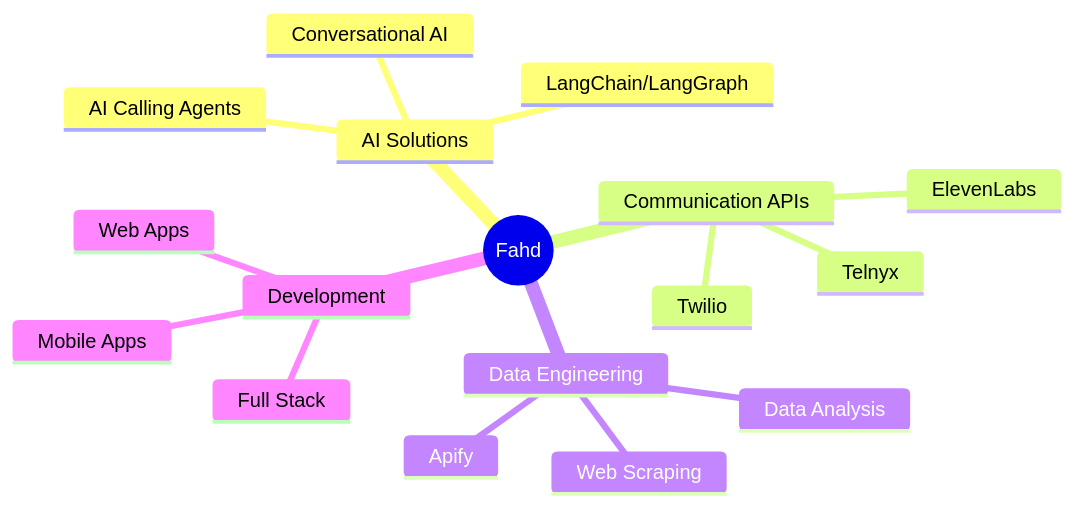
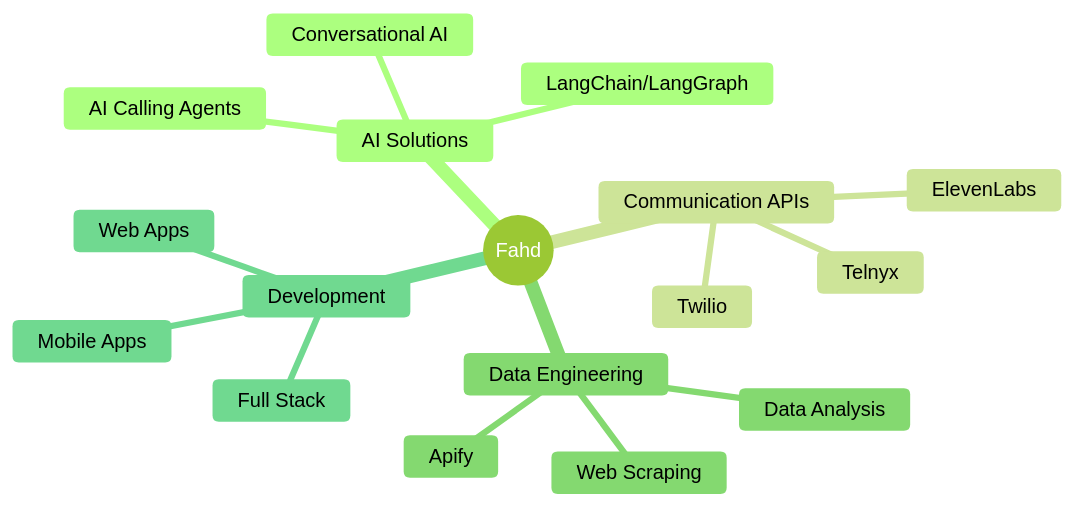
Before and after one commit to fahd-111/fahd-111: the diagram in README.md, drawn with Mermaid. The commit also changed other lines of this file, not shown here.

````diff
--- a/README.md
+++ b/README.md
@@ -114,20 +94,21 @@
 ```mermaid
+%%{init: {'theme': 'forest'}}%%
 mindmap
   root((Fahd))
     AI Solutions
       LangChain/LangGraph
       Conversational AI
       AI Calling Agents
     Communication APIs
       Telnyx
       ElevenLabs
       Twilio
     Data Engineering
       Web Scraping
       Apify
       Data Analysis
     Development
       Web Apps
       Mobile Apps
       Full Stack
 ```
````
